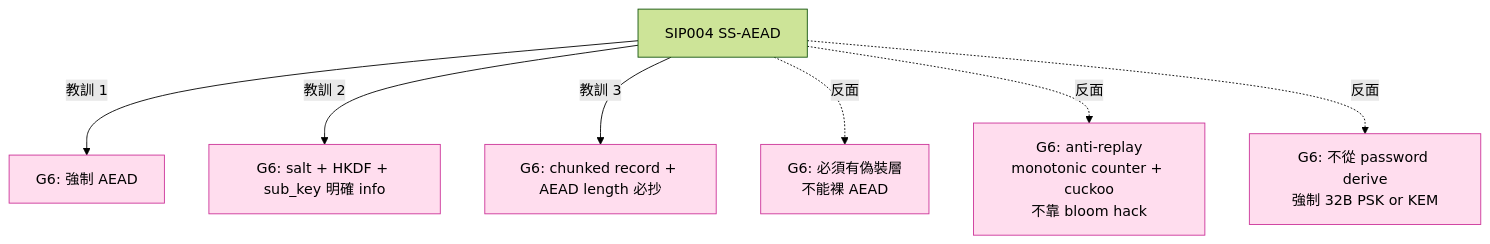
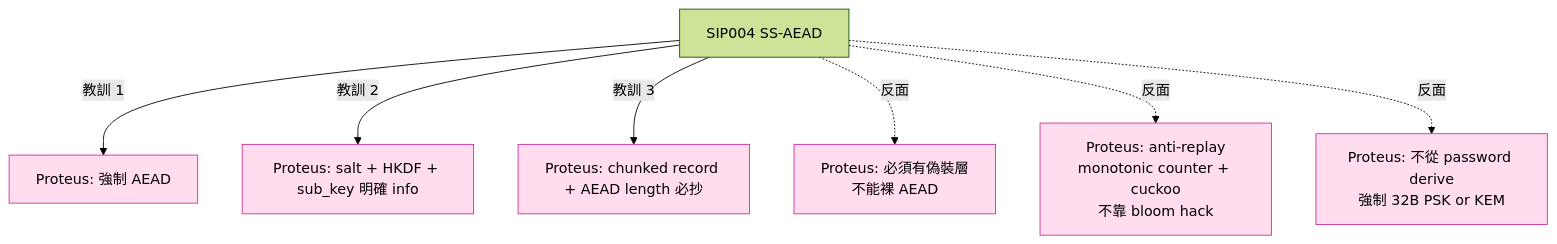
Before and after one commit to Icarus603/network-from-scratch: the second of 2 diagrams in lessons/part-7-proxy-protocols/7.3-shadowsocks-aead.md, drawn with Mermaid (forest theme). The commit also changed other lines of this file and 300 other files, not shown here.

````diff
--- a/lessons/part-7-proxy-protocols/7.3-shadowsocks-aead.md
+++ b/lessons/part-7-proxy-protocols/7.3-shadowsocks-aead.md
@@ -420,12 +420,12 @@
 ```mermaid
 flowchart TD
-    SS_AEAD[SIP004 SS-AEAD] -- 教訓 1 --> G_AEAD[G6: 強制 AEAD]
-    SS_AEAD -- 教訓 2 --> G_KDF[G6: salt + HKDF + sub_key 明確 info]
-    SS_AEAD -- 教訓 3 --> G_FRAME[G6: chunked record + AEAD length 必抄]
-    SS_AEAD -. 反面 .-> G_FAKE[G6: 必須有偽裝層<br/>不能裸 AEAD]
-    SS_AEAD -. 反面 .-> G_REPLAY[G6: anti-replay<br/>monotonic counter + cuckoo<br/>不靠 bloom hack]
-    SS_AEAD -. 反面 .-> G_PSK[G6: 不從 password derive<br/>強制 32B PSK or KEM]
+    SS_AEAD[SIP004 SS-AEAD] -- 教訓 1 --> G_AEAD[Proteus: 強制 AEAD]
+    SS_AEAD -- 教訓 2 --> G_KDF[Proteus: salt + HKDF + sub_key 明確 info]
+    SS_AEAD -- 教訓 3 --> G_FRAME[Proteus: chunked record + AEAD length 必抄]
+    SS_AEAD -. 反面 .-> G_FAKE[Proteus: 必須有偽裝層<br/>不能裸 AEAD]
+    SS_AEAD -. 反面 .-> G_REPLAY[Proteus: anti-replay<br/>monotonic counter + cuckoo<br/>不靠 bloom hack]
+    SS_AEAD -. 反面 .-> G_PSK[Proteus: 不從 password derive<br/>強制 32B PSK or KEM]
 
     classDef ours fill:#fde,stroke:#c39
     class G_AEAD,G_KDF,G_FRAME,G_FAKE,G_REPLAY,G_PSK ours
 ```
````
